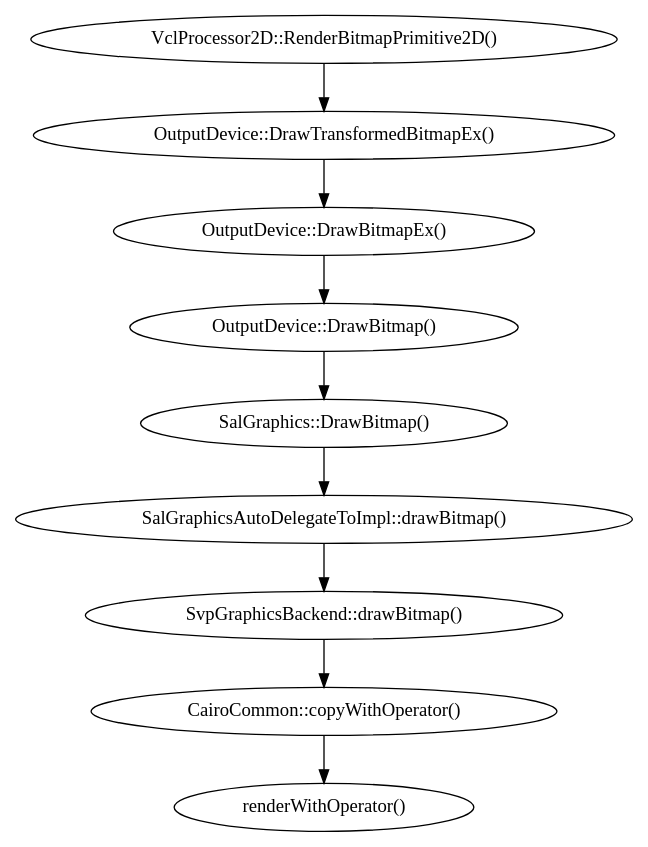
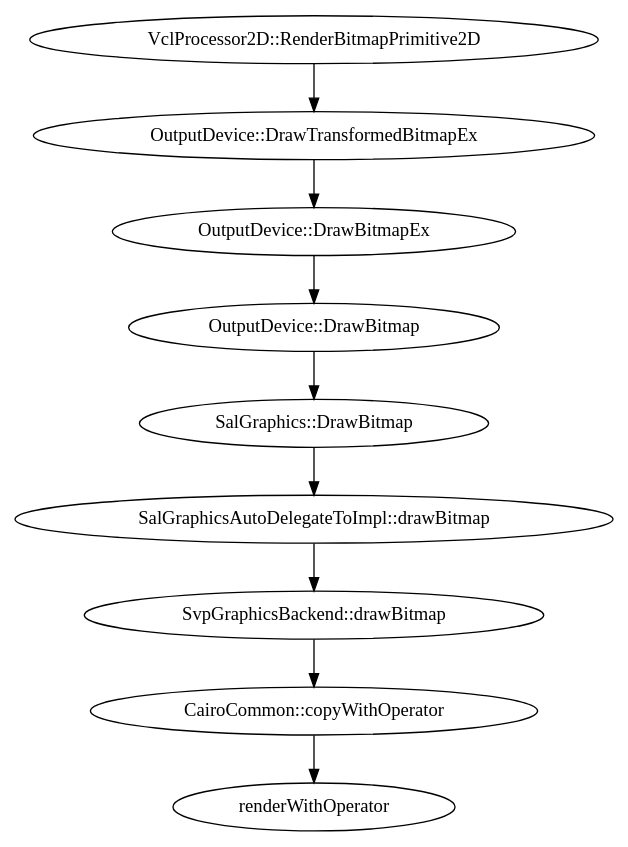
Before and after one commit to ysouyno/debug_notes: the diagram in libo/files/libo_20220823_00.dot, drawn with Graphviz. The commit also changed 3 other files, not shown here.

```diff
--- a/libo/files/libo_20220823_00.dot
+++ b/libo/files/libo_20220823_00.dot
@@ -1,13 +1,13 @@
 digraph G {
-    a -> b -> c -> d -> e -> f -> g -> h -> i;
+  a -> b -> c -> d -> e -> f -> g -> h -> i;
 
-    a [label="VclProcessor2D::RenderBitmapPrimitive2D()"];
-    b [label="OutputDevice::DrawTransformedBitmapEx()"];
-    c [label="OutputDevice::DrawBitmapEx()"];
-    d [label="OutputDevice::DrawBitmap()"];
-    e [label="SalGraphics::DrawBitmap()"];
-    f [label="SalGraphicsAutoDelegateToImpl::drawBitmap()"];
-    g [label="SvpGraphicsBackend::drawBitmap()"];
-    h [label="CairoCommon::copyWithOperator()"];
-    i [label="renderWithOperator()"];
+  a [label="VclProcessor2D::RenderBitmapPrimitive2D"];
+  b [label="OutputDevice::DrawTransformedBitmapEx"];
+  c [label="OutputDevice::DrawBitmapEx"];
+  d [label="OutputDevice::DrawBitmap"];
+  e [label="SalGraphics::DrawBitmap"];
+  f [label="SalGraphicsAutoDelegateToImpl::drawBitmap"];
+  g [label="SvpGraphicsBackend::drawBitmap"];
+  h [label="CairoCommon::copyWithOperator"];
+  i [label="renderWithOperator"];
 }
```
